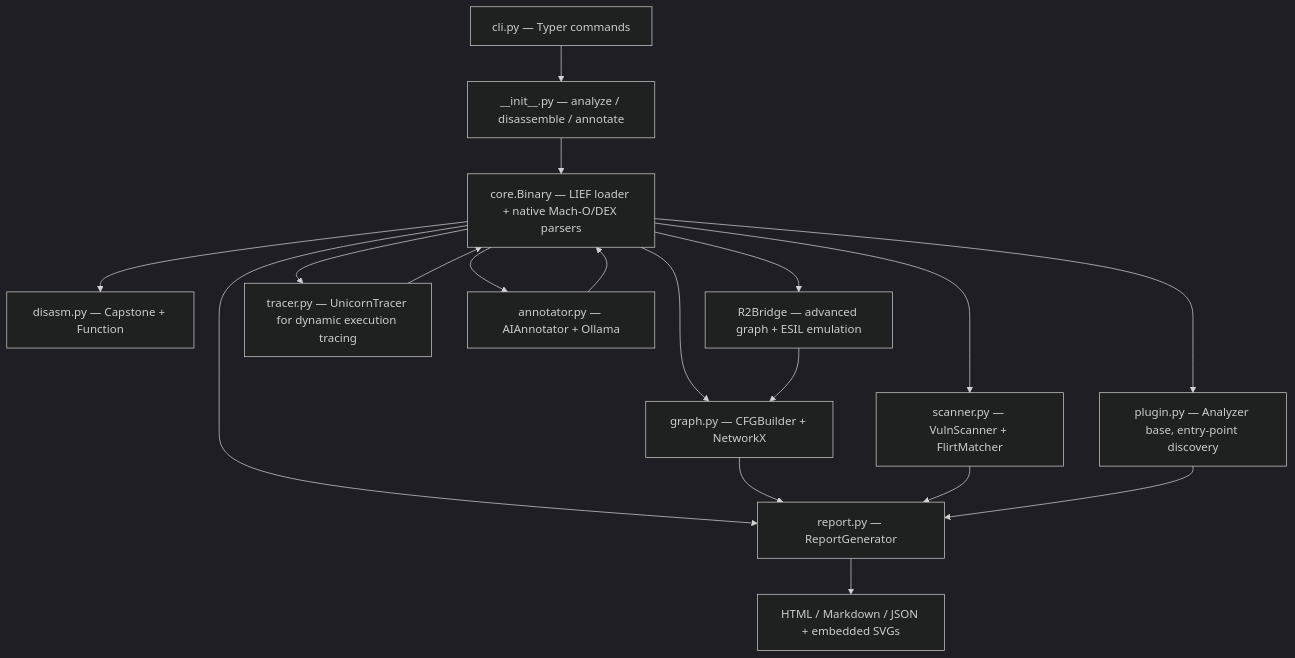
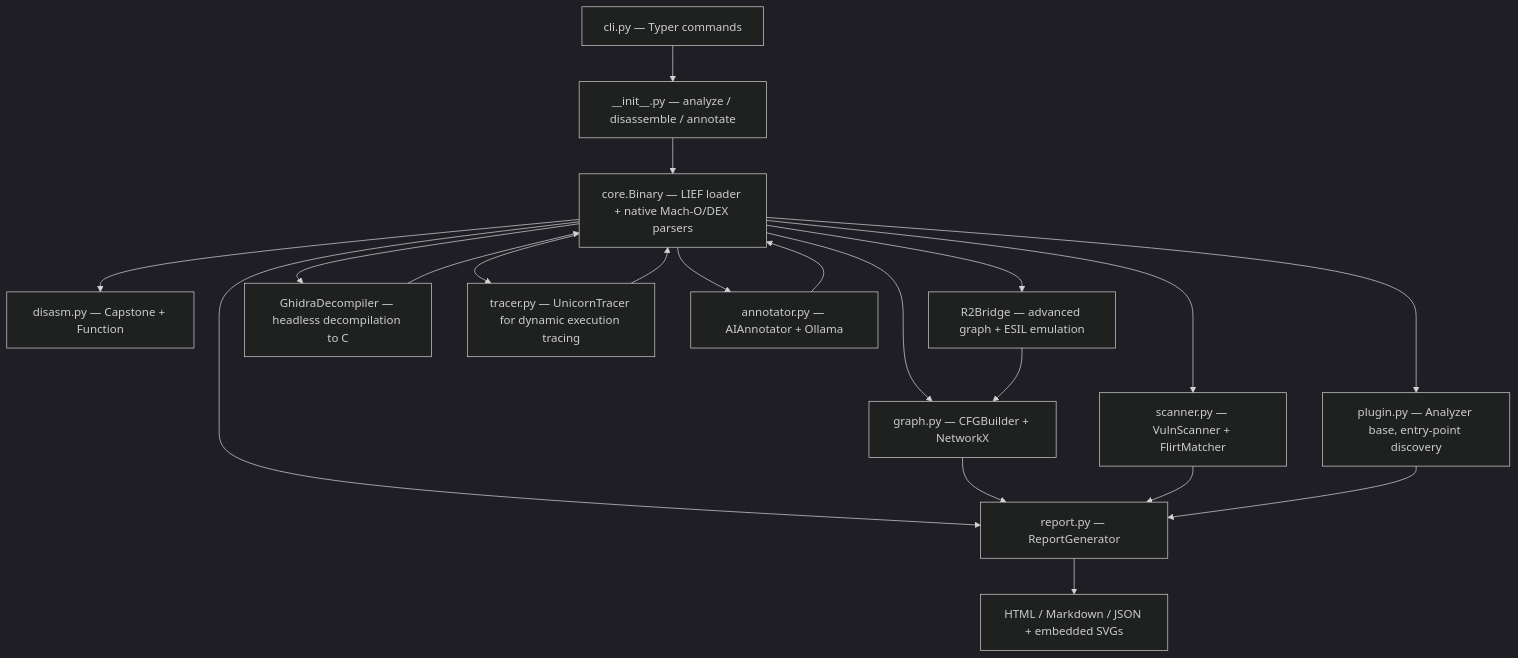
The diagram in README.md (ajendras/ReverseKit), drawn with Mermaid (dark theme) before and after one commit. The commit also changed other lines of this file and 3 other files, not shown here.

Commit message:
feat(ghidra): headless integration for decompilation

````diff
--- a/README.md
+++ b/README.md
@@ -318,20 +354,22 @@
 ```mermaid
 flowchart TD
     CLI[cli.py — Typer commands] --> API[__init__.py — analyze / disassemble / annotate]
     API --> Binary[core.Binary — LIEF loader + native Mach-O/DEX parsers]
     Binary --> Disasm[disasm.py — Capstone + Function]
     Binary --> R2[R2Bridge — advanced graph + ESIL emulation]
+    Binary --> Ghidra[GhidraDecompiler — headless decompilation to C]
     Binary --> Tracer[tracer.py — UnicornTracer for dynamic execution tracing]
     Binary --> Scanner[scanner.py — VulnScanner + FlirtMatcher]
     Binary --> Annotator[annotator.py — AIAnnotator + Ollama]
     Binary --> Plugins[plugin.py — Analyzer base, entry-point discovery]
     Annotator --> Binary
     Binary --> Graph[graph.py — CFGBuilder + NetworkX]
     Binary --> Report[report.py — ReportGenerator]
     R2 --> Graph
     Tracer --> Binary
+    Ghidra --> Binary
     Graph --> Report
     Scanner --> Report
     Plugins --> Report
     Report --> Outputs[HTML / Markdown / JSON + embedded SVGs]
 ```
````
